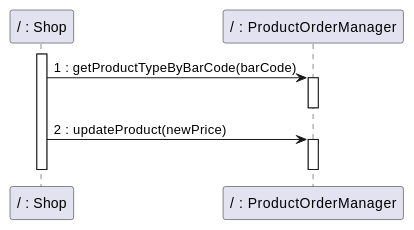
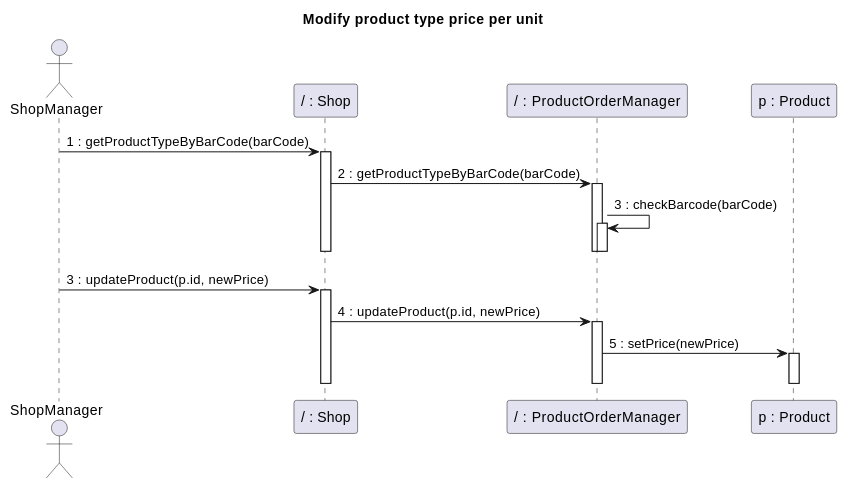
One commit to nicolabattaglino/ezshop changed the sixth of 14 diagrams in Deliverables/DesignDocument.md. Above: the diagram before and after it, drawn with PlantUML. The commit also changed other lines of this file, not shown here.

````diff
--- a/Deliverables/DesignDocument.md
+++ b/Deliverables/DesignDocument.md
@@ -549,23 +576,30 @@
 ```plantuml
 @startuml
+
+title Modify product type price per unit
+
+actor ShopManager
 participant "/ : Shop" as Shop
 participant "/ : ProductOrderManager" as ProductOrderManager
-
-
+participant "p : Product" as Product
+ShopManager -> Shop: 1 : getProductTypeByBarCode(barCode)
 activate Shop
-Shop -> ProductOrderManager: 1 : getProductTypeByBarCode(barCode)
+Shop -> ProductOrderManager: 2 : getProductTypeByBarCode(barCode)
+activate ProductOrderManager
+ProductOrderManager -> ProductOrderManager: 3 : checkBarcode(barCode)
 activate ProductOrderManager
 deactivate ProductOrderManager
-
-
-Shop -> ProductOrderManager: 2 : updateProduct(newPrice)
+deactivate ProductOrderManager
+deactivate Shop
+ShopManager -> Shop: 3 : updateProduct(p.id, newPrice)
+activate Shop
+Shop -> ProductOrderManager: 4 : updateProduct(p.id, newPrice)
 activate ProductOrderManager
-
-
-
-
+ProductOrderManager -> Product: 5 : setPrice(newPrice)
+activate Product
+deactivate Product
 
 deactivate ProductOrderManager
 deactivate Shop
 @enduml
 ```
````
